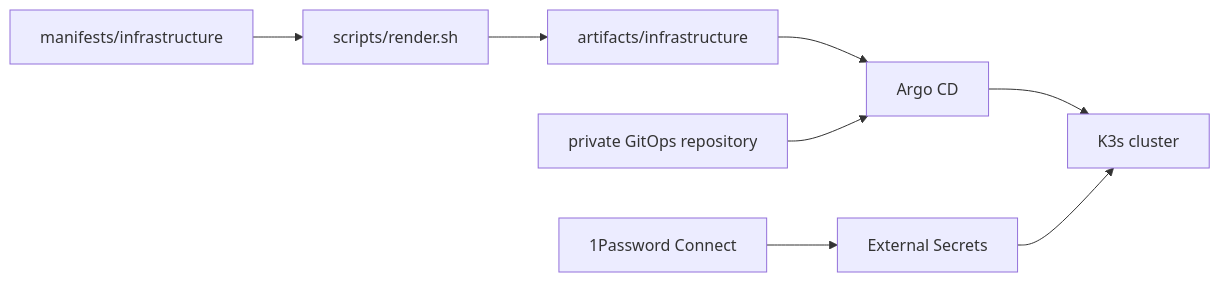
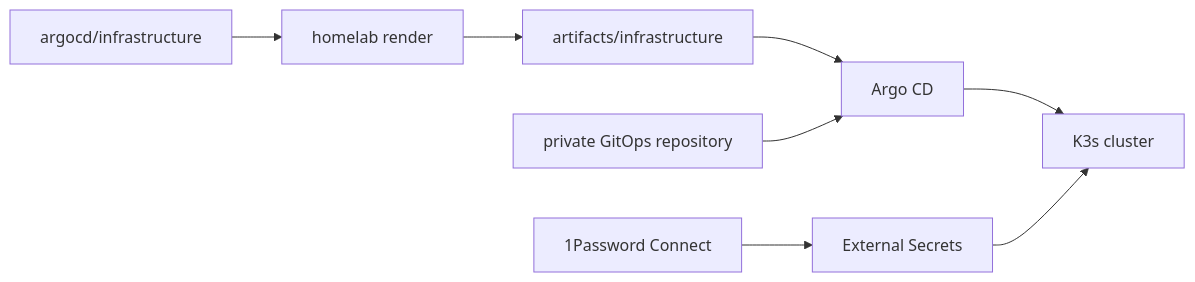
One commit to nandiheath/homelab-public changed the diagram in README.md. Above: the diagram before and after it, drawn with Mermaid. The commit also changed other lines of this file and 66 other files, not shown here.

Commit message:
refactor: rename manifests to argocd

````diff
--- a/README.md
+++ b/README.md
@@ -7,10 +7,10 @@
 ```mermaid
 flowchart LR
-  M[manifests/infrastructure] --> R[scripts/render.sh]
+  M[argocd/infrastructure] --> R[homelab render]
   R --> A[artifacts/infrastructure]
   A --> G[Argo CD]
   G --> K[K3s cluster]
   P[private GitOps repository] --> G
   S[1Password Connect] --> E[External Secrets]
   E --> K
 ```
````
